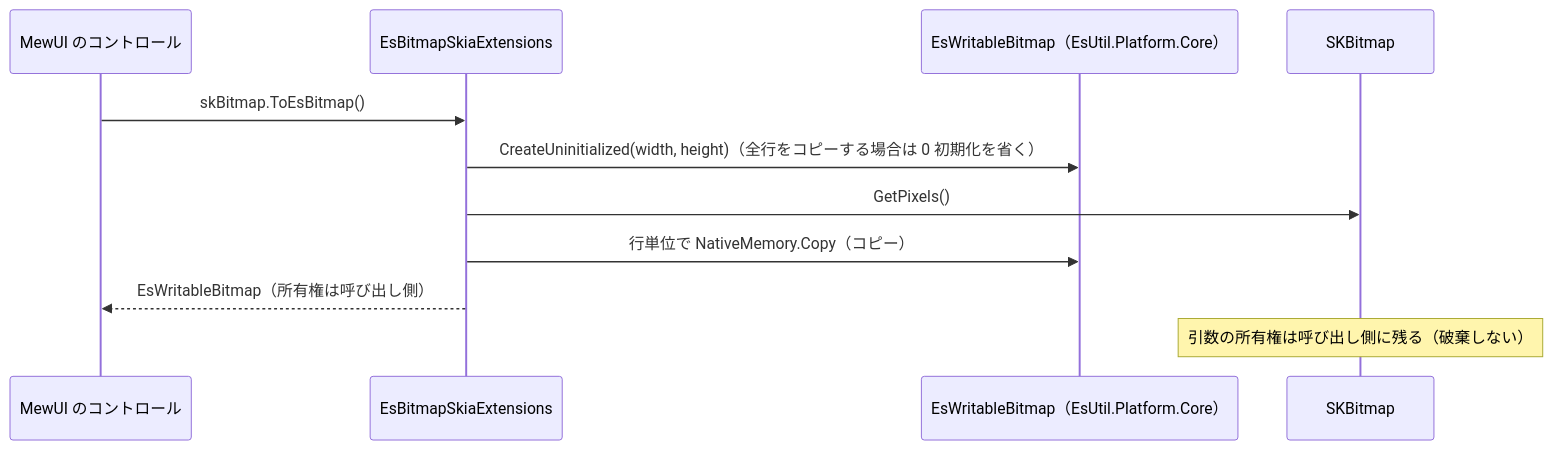
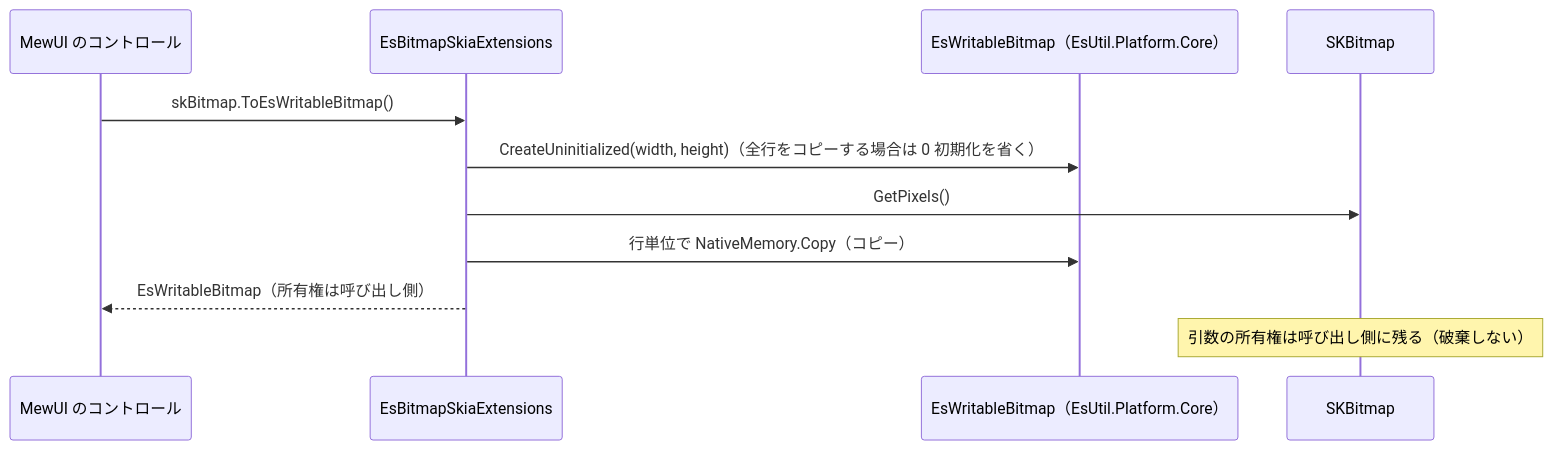
The fourth of 4 diagrams in src/Platform.Skia/docs/SPEC_System.md (tomokuni/SaveEvidence), drawn with Mermaid before and after one commit. The commit also changed other lines of this file and 24 other files, not shown here.

First line of the commit message:
戻り値と名前が食い違う ToEsBitmap を ToEsWritableBitmap へ改名し、Windows 標準コーデックを実測する

````diff
--- a/src/Platform.Skia/docs/SPEC_System.md
+++ b/src/Platform.Skia/docs/SPEC_System.md
@@ -141,14 +141,14 @@
 ```mermaid
 sequenceDiagram
   participant UI as MewUI のコントロール
   participant E as EsBitmapSkiaExtensions
   participant Core as EsWritableBitmap（EsUtil.Platform.Core）
   participant SK as SKBitmap
 
-  UI->>E: skBitmap.ToEsBitmap()
+  UI->>E: skBitmap.ToEsWritableBitmap()
   E->>Core: CreateUninitialized(width, height)（全行をコピーする場合は 0 初期化を省く）
   E->>SK: GetPixels()
   E->>Core: 行単位で NativeMemory.Copy（コピー）
   E-->>UI: EsWritableBitmap（所有権は呼び出し側）
   Note over SK: 引数の所有権は呼び出し側に残る（破棄しない）
 ```
````
